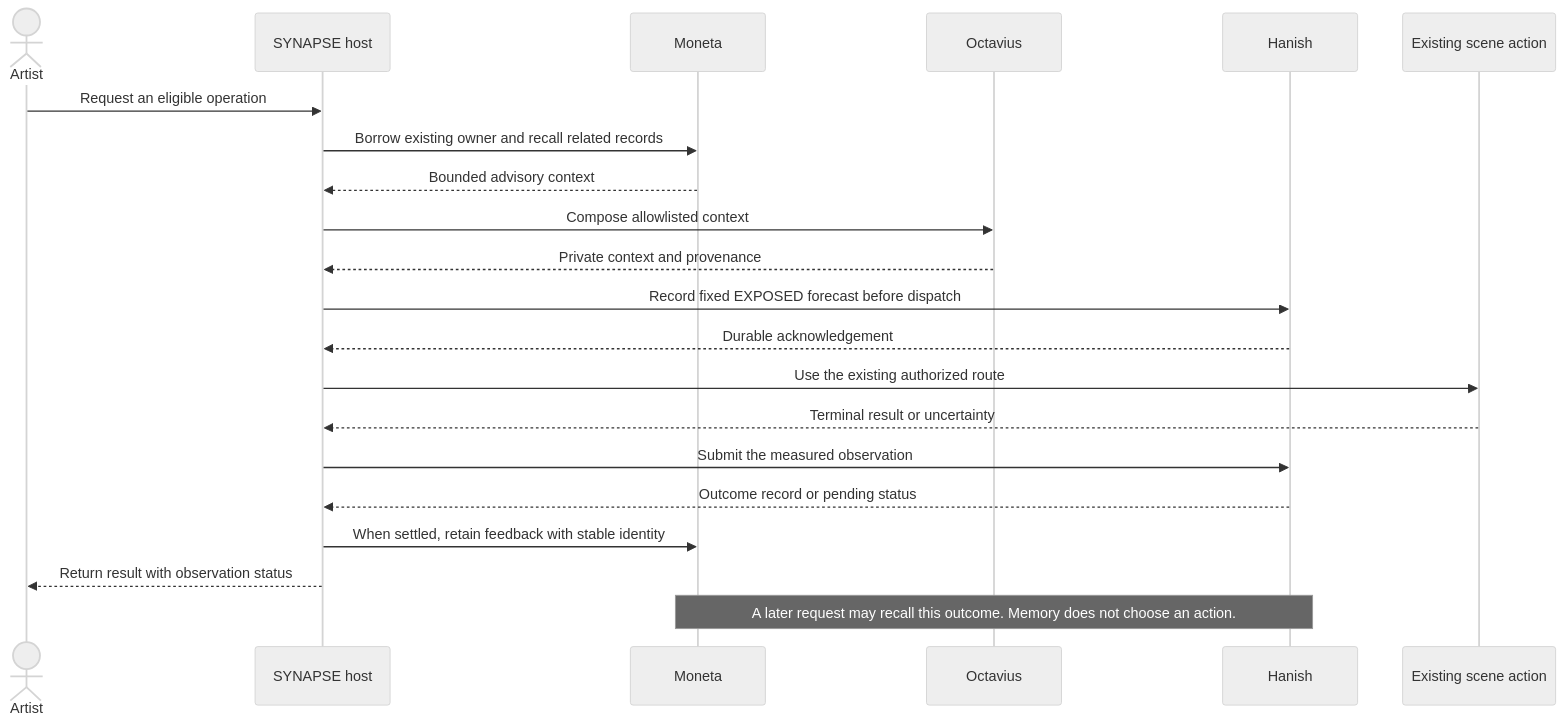
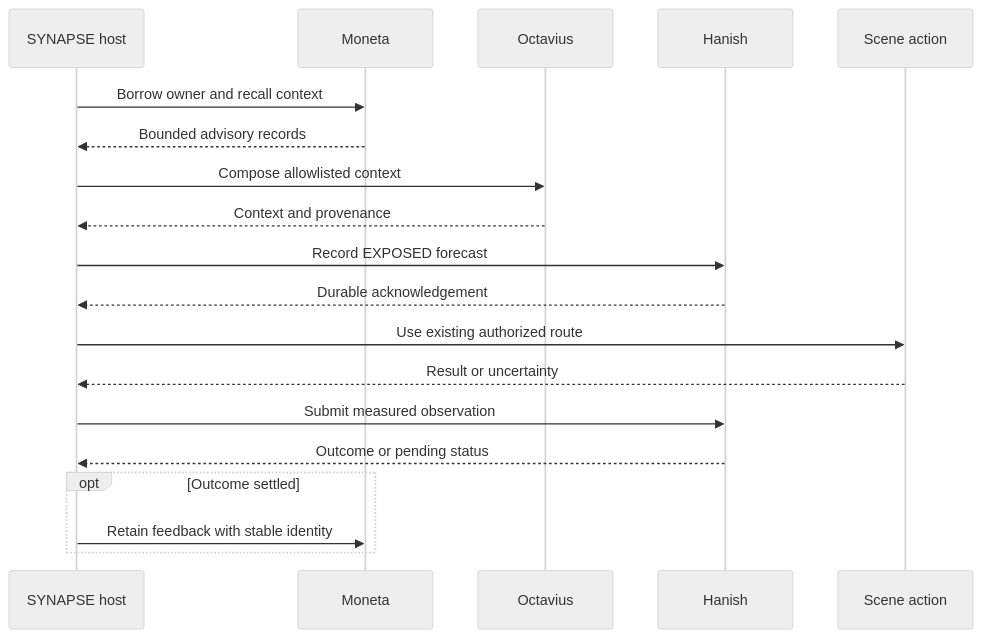
The sixth of 8 diagrams in docs/architecture/overview.md (JosephOIbrahim/Synapse), drawn with Mermaid (neutral theme) before and after one commit. The commit also changed other lines of this file and 4 other files, not shown here.

Commit message:
docs: simplify README and refresh workflow diagrams

````diff
--- a/docs/architecture/overview.md
+++ b/docs/architecture/overview.md
@@ -154,23 +195,23 @@
 ```mermaid
 sequenceDiagram
-    actor Artist
+    accTitle: Optional observation around an existing scene action
+    accDescr: The host borrows memory, composes context and records a forecast before the authorized action. It then records the result and retains settled feedback. Missing evidence remains unknown.
     participant Host as SYNAPSE host
     participant M as Moneta
     participant O as Octavius
     participant H as Hanish
-    participant Scene as Existing scene action
-    Artist->>Host: Request an eligible operation
-    Host->>M: Borrow existing owner and recall related records
-    M-->>Host: Bounded advisory context
+    participant S as Scene action
+    Host->>M: Borrow owner and recall context
+    M-->>Host: Bounded advisory records
     Host->>O: Compose allowlisted context
-    O-->>Host: Private context and provenance
-    Host->>H: Record fixed EXPOSED forecast before dispatch
+    O-->>Host: Context and provenance
+    Host->>H: Record EXPOSED forecast
     H-->>Host: Durable acknowledgement
-    Host->>Scene: Use the existing authorized route
-    Scene-->>Host: Terminal result or uncertainty
-    Host->>H: Submit the measured observation
-    H-->>Host: Outcome record or pending status
-    Host->>M: When settled, retain feedback with stable identity
-    Host-->>Artist: Return result with observation status
-    Note over M,H: A later request may recall this outcome. Memory does not choose an action.
+    Host->>S: Use existing authorized route
+    S-->>Host: Result or uncertainty
+    Host->>H: Submit measured observation
+    H-->>Host: Outcome or pending status
+    opt Outcome settled
+        Host->>M: Retain feedback with stable identity
+    end
 ```
````
